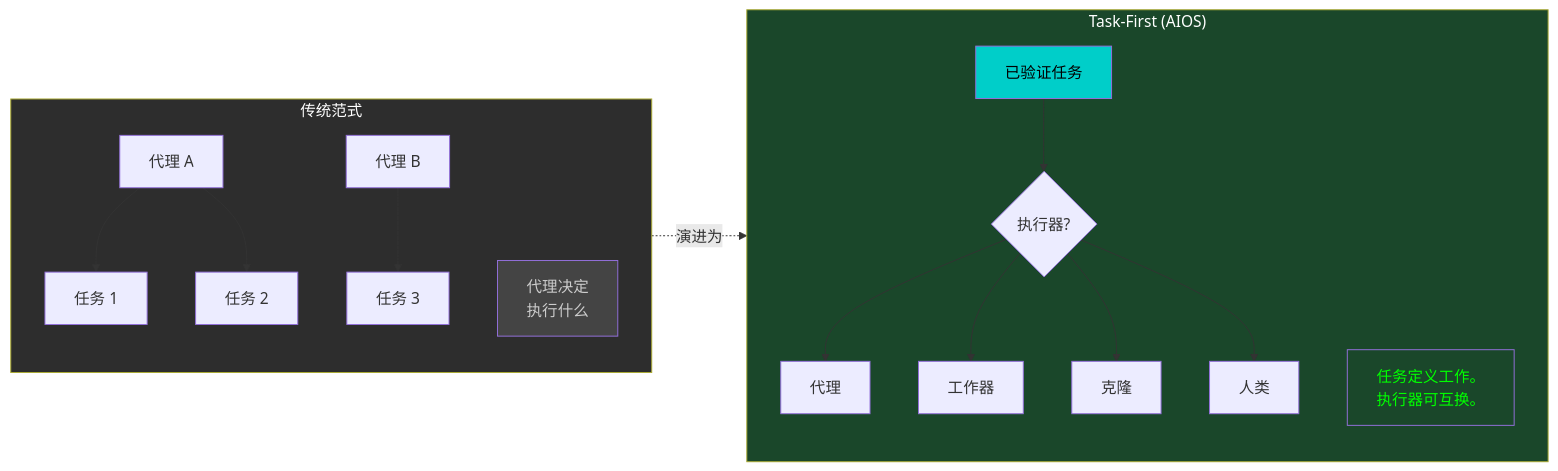
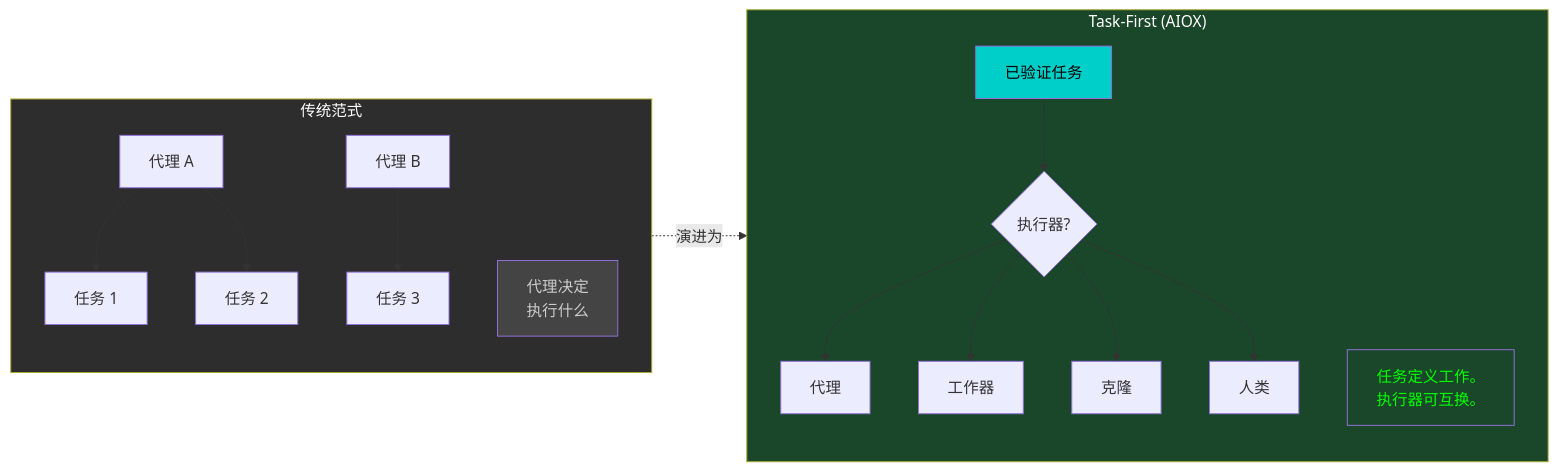
Before and after one commit to henriquetj159/henriquetj: the second of 12 diagrams in docs/zh/architecture/AIOX-VISUAL-OVERVIEW.md, drawn with Mermaid. The commit also changed other lines of this file and 2056 other files, not shown here.

First line of the commit message:
chore: update aios→aiox references in file contents

````diff
--- a/docs/zh/architecture/AIOX-VISUAL-OVERVIEW.md
+++ b/docs/zh/architecture/AIOX-VISUAL-OVERVIEW.md
@@ -110,28 +110,28 @@
 ```mermaid
 flowchart LR
     subgraph TRADITIONAL["传统范式"]
         direction TB
         A1["代理 A"] --> T1["任务 1"]
         A1 --> T2["任务 2"]
         A2["代理 B"] --> T3["任务 3"]
         NOTE1["代理决定<br/>执行什么"]
     end
 
-    subgraph TASKFIRST["Task-First (AIOS)"]
+    subgraph TASKFIRST["Task-First (AIOX)"]
         direction TB
         TK1["已验证任务"] --> DEC1{"执行器?"}
         DEC1 --> E1["代理"]
         DEC1 --> E2["工作器"]
         DEC1 --> E3["克隆"]
         DEC1 --> E4["人类"]
         NOTE2["任务定义工作。<br/>执行器可互换。"]
     end
 
     TRADITIONAL -.->|"演进为"| TASKFIRST
 
     style TRADITIONAL fill:#2d2d2d,color:#fff
     style TASKFIRST fill:#1a472a,color:#fff
     style TK1 fill:#00cec9,color:#000
     style NOTE1 fill:#444,color:#ccc
     style NOTE2 fill:#1a472a,color:#0f0
 ```
````
